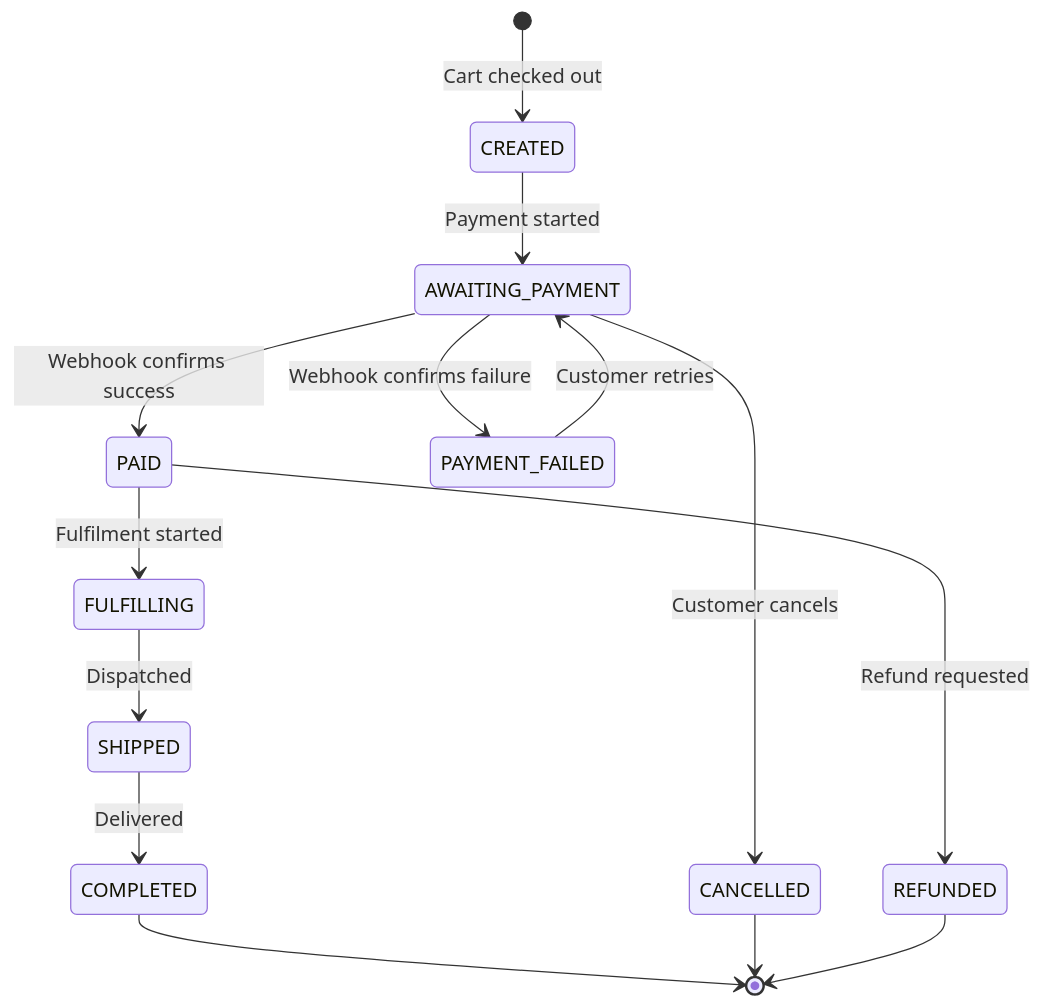
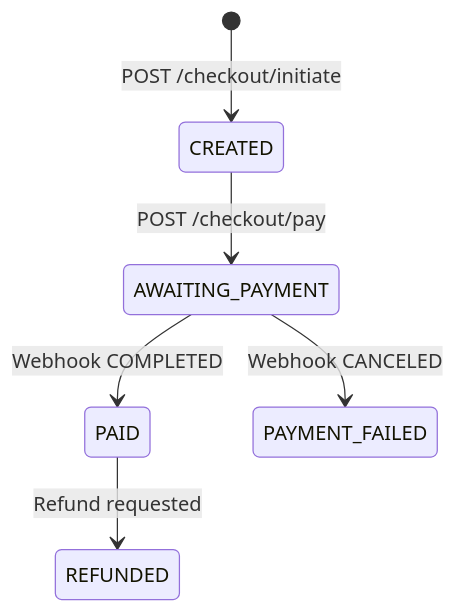
The fourth of 6 diagrams in architecture.md (HARrrrisoon39/Unzer-Task-Code), drawn with Mermaid before and after one commit. The commit also changed other lines of this file and 16 other files, not shown here.

````diff
--- a/architecture.md
+++ b/architecture.md
@@ -215,16 +202,8 @@
 ```mermaid
 stateDiagram-v2
-  [*] --> CREATED : Cart checked out
-  CREATED --> AWAITING_PAYMENT : Payment started
-  AWAITING_PAYMENT --> PAID : Webhook confirms success
-  AWAITING_PAYMENT --> PAYMENT_FAILED : Webhook confirms failure
-  PAYMENT_FAILED --> AWAITING_PAYMENT : Customer retries
-  PAID --> FULFILLING : Fulfilment started
-  FULFILLING --> SHIPPED : Dispatched
-  SHIPPED --> COMPLETED : Delivered
+  [*] --> CREATED : POST /checkout/initiate
+  CREATED --> AWAITING_PAYMENT : POST /checkout/pay
+  AWAITING_PAYMENT --> PAID : Webhook COMPLETED
+  AWAITING_PAYMENT --> PAYMENT_FAILED : Webhook CANCELED
   PAID --> REFUNDED : Refund requested
-  AWAITING_PAYMENT --> CANCELLED : Customer cancels
-  COMPLETED --> [*]
-  CANCELLED --> [*]
-  REFUNDED --> [*]
 ```
````
